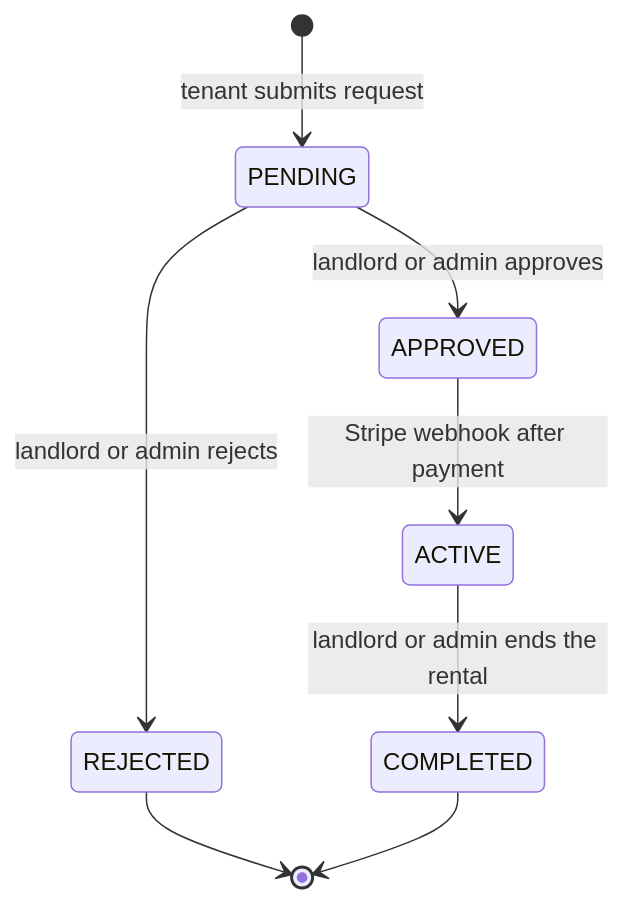
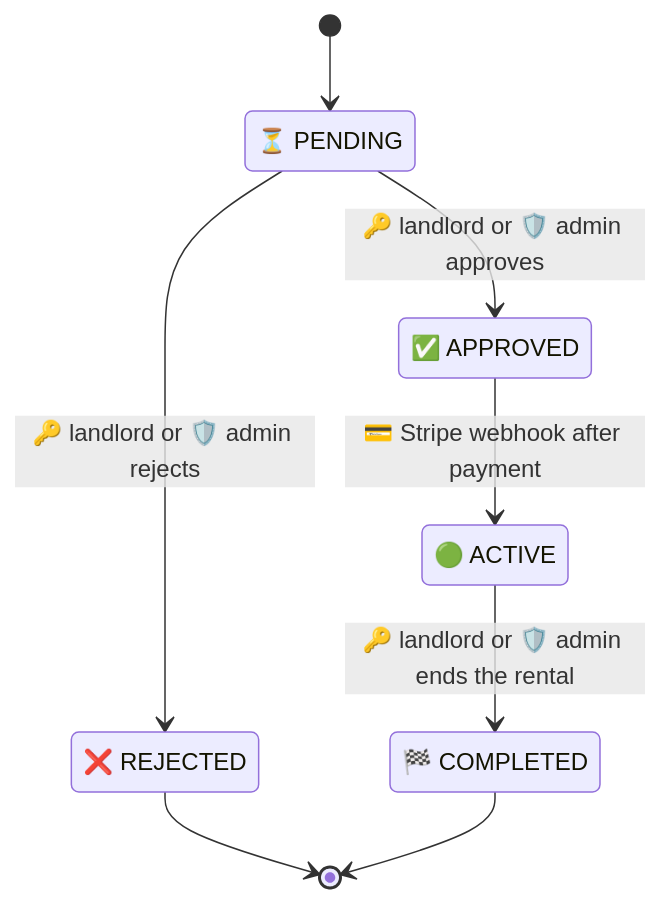
Before and after one commit to kaziashik/rentnest_frontend-: the second of 12 diagrams in RentNest-full-workflow.md, drawn with Mermaid. The commit also changed other lines of this file, not shown here.

````diff
--- a/RentNest-full-workflow.md
+++ b/RentNest-full-workflow.md
@@ -40,10 +67,15 @@
 ```mermaid
 stateDiagram-v2
-    [*] --> PENDING: tenant submits request
-    PENDING --> APPROVED: landlord or admin approves
-    PENDING --> REJECTED: landlord or admin rejects
-    APPROVED --> ACTIVE: Stripe webhook after payment
-    ACTIVE --> COMPLETED: landlord or admin ends the rental
+    [*] --> PENDING
+    state "⏳ PENDING" as PENDING
+    state "✅ APPROVED" as APPROVED
+    state "❌ REJECTED" as REJECTED
+    state "🟢 ACTIVE" as ACTIVE
+    state "🏁 COMPLETED" as COMPLETED
+    PENDING --> APPROVED: 🔑 landlord or 🛡️ admin approves
+    PENDING --> REJECTED: 🔑 landlord or 🛡️ admin rejects
+    APPROVED --> ACTIVE: 💳 Stripe webhook after payment
+    ACTIVE --> COMPLETED: 🔑 landlord or 🛡️ admin ends the rental
     REJECTED --> [*]
     COMPLETED --> [*]
 ```
````
